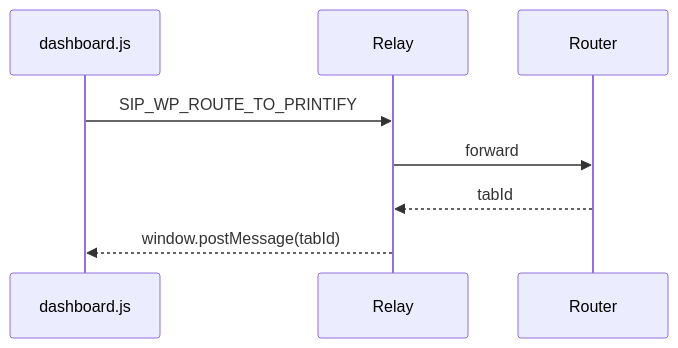
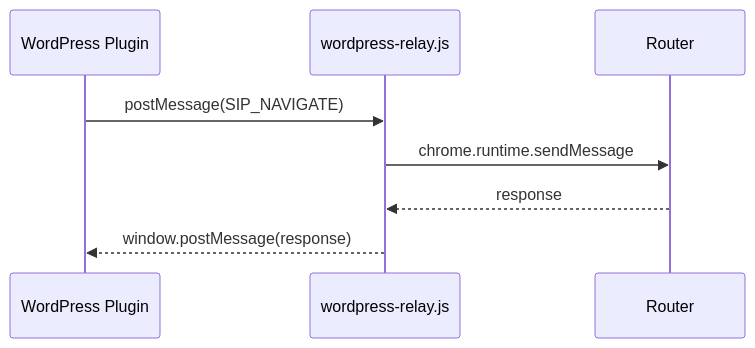
The fourth of 9 diagrams in guidelines/sip-printify-manager-extension-guidelines-v2.md (tdemelle-SiP/.claude), drawn with Mermaid before and after one commit. The commit also changed other lines of this file, not shown here.

First line of the commit message:
updated the   sip-printify-manager-extension-guidelines-v2.md   documentation to align with the actual code   implementation. Here are the major changes made:

````diff
--- a/guidelines/sip-printify-manager-extension-guidelines-v2.md
+++ b/guidelines/sip-printify-manager-extension-guidelines-v2.md
@@ -201,11 +210,11 @@
 ```mermaid
 sequenceDiagram
-  participant WP as dashboard.js
-  participant Relay
+  participant WP as WordPress Plugin
+  participant Relay as wordpress-relay.js
   participant Router
 
-  WP->>Relay: SIP_WP_ROUTE_TO_PRINTIFY
-  Relay->>Router: forward
-  Router-->>Relay: tabId
-  Relay-->>WP: window.postMessage(tabId)
+  WP->>Relay: postMessage(SIP_NAVIGATE)
+  Relay->>Router: chrome.runtime.sendMessage
+  Router-->>Relay: response
+  Relay-->>WP: window.postMessage(response)
 ```
````
